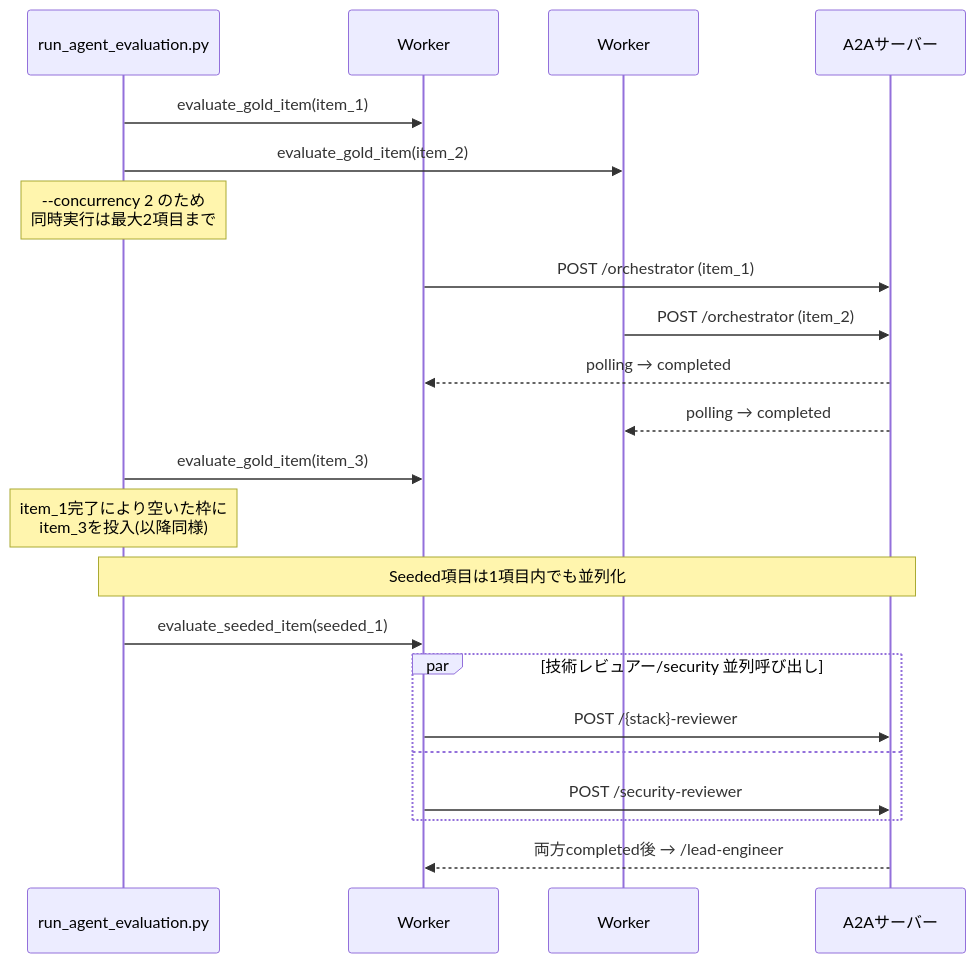
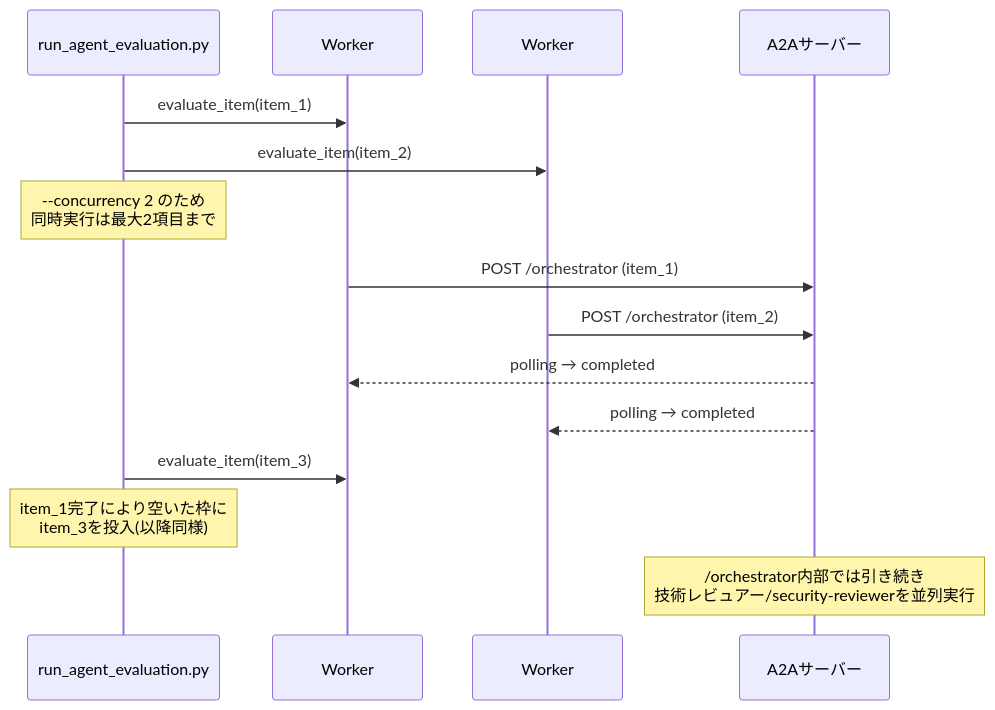
The second of 2 diagrams in docs/evaluation-pipeline-design.md (kuju63/code-review-agents), drawn with Mermaid before and after one commit. The commit also changed other lines of this file and 5 other files, not shown here.

````diff
--- a/docs/evaluation-pipeline-design.md
+++ b/docs/evaluation-pipeline-design.md
@@ -149,26 +149,19 @@
 ```mermaid
 sequenceDiagram
     participant Runner as run_agent_evaluation.py
     participant W1 as Worker#1
     participant W2 as Worker#2
     participant A2A as A2Aサーバー
 
-    Runner->>W1: evaluate_gold_item(item_1)
-    Runner->>W2: evaluate_gold_item(item_2)
+    Runner->>W1: evaluate_item(item_1)
+    Runner->>W2: evaluate_item(item_2)
     Note over Runner: --concurrency 2 のため<br/>同時実行は最大2項目まで
     W1->>A2A: POST /orchestrator (item_1)
     W2->>A2A: POST /orchestrator (item_2)
     A2A-->>W1: polling → completed
     A2A-->>W2: polling → completed
-    Runner->>W1: evaluate_gold_item(item_3)
+    Runner->>W1: evaluate_item(item_3)
     Note over Runner: item_1完了により空いた枠に<br/>item_3を投入(以降同様)
 
-    Note over Runner,A2A: Seeded項目は1項目内でも並列化
-    Runner->>W1: evaluate_seeded_item(seeded_1)
-    par 技術レビュアー/security 並列呼び出し
-        W1->>A2A: POST /{stack}-reviewer
-    and
-        W1->>A2A: POST /security-reviewer
-    end
-    A2A-->>W1: 両方completed後 → /lead-engineer
+    Note over A2A: /orchestrator内部では引き続き<br/>技術レビュアー/security-reviewerを並列実行
 ```
````
